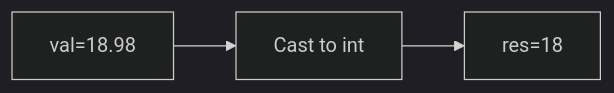
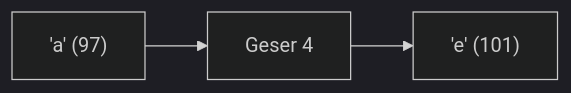
One commit to amnahwaida/OSNK_INF_PREP changed the second of 25 diagrams in part-c-pemahaman-cpp/01-tipe-data/latihan/set-02.md. Above: the diagram before and after it, drawn with Mermaid (dark theme). The commit also changed other lines of this file and 71 other files, not shown here.

````diff
--- a/part-c-pemahaman-cpp/01-tipe-data/latihan/set-02.md
+++ b/part-c-pemahaman-cpp/01-tipe-data/latihan/set-02.md
@@ -48,5 +50,5 @@
 ```mermaid
 graph LR
-A["val=18.98"] --> B["Cast to int"]
-B --> C["res=18"]
+A["'a' (97)"] --> B["Geser 4"]
+B --> C["'e' (101)"]
 ```
````
